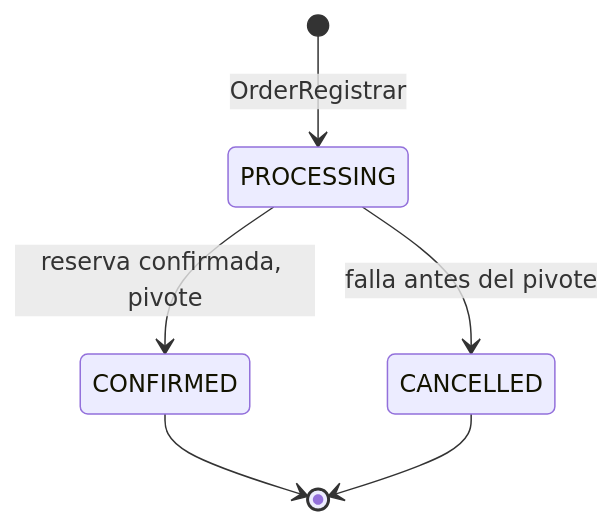
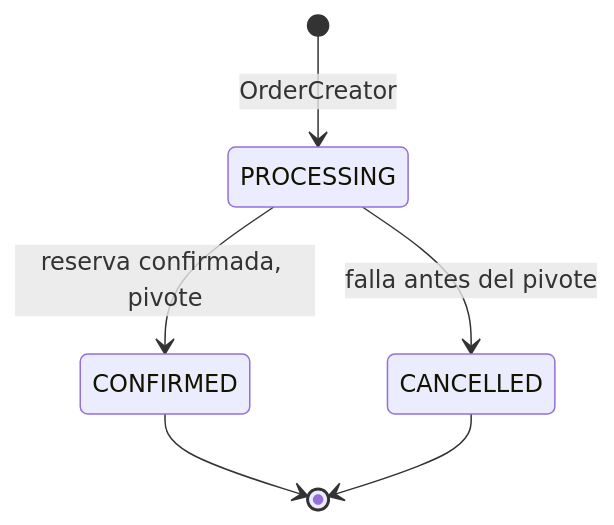
One commit to gerburgos/ShopExpress changed the second of 3 diagrams in docs/Especificacion_Requerimientos_ShopExpress.md. Above: the diagram before and after it, drawn with Mermaid. The commit also changed other lines of this file and 4 other files, not shown here.

````diff
--- a/docs/Especificacion_Requerimientos_ShopExpress.md
+++ b/docs/Especificacion_Requerimientos_ShopExpress.md
@@ -446,8 +448,8 @@
 ```mermaid
 stateDiagram-v2
-    [*] --> PROCESSING: OrderRegistrar
+    [*] --> PROCESSING: OrderCreator
     PROCESSING --> CONFIRMED: reserva confirmada, pivote
     PROCESSING --> CANCELLED: falla antes del pivote
     CONFIRMED --> [*]
     CANCELLED --> [*]
 ```
````
